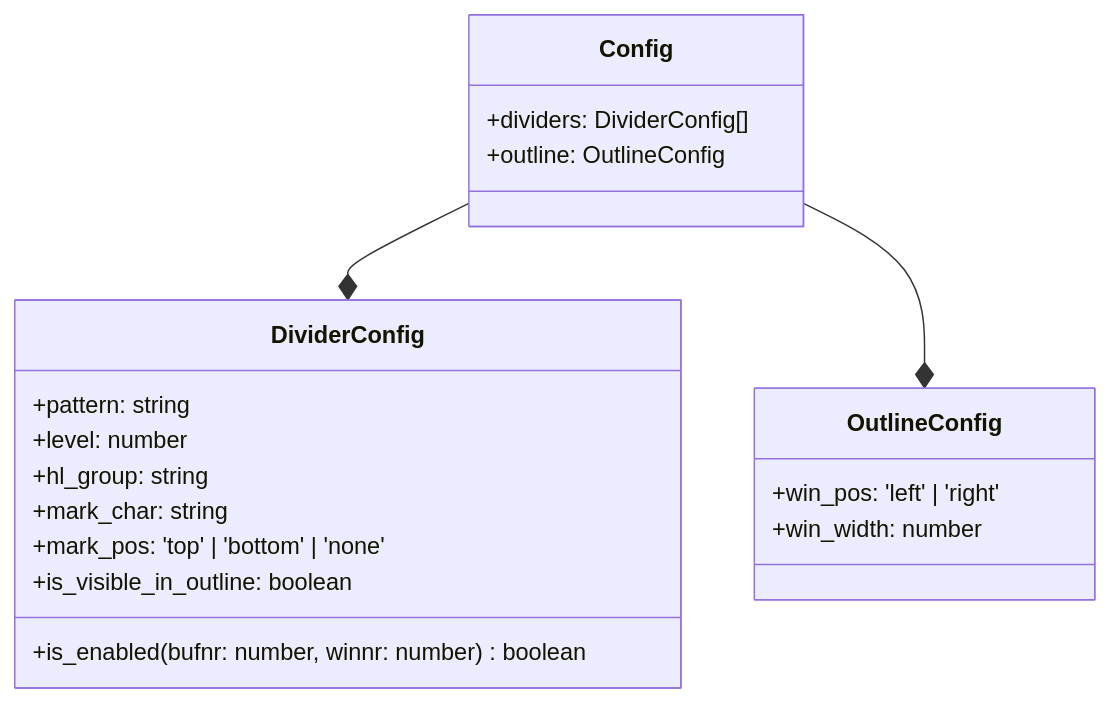
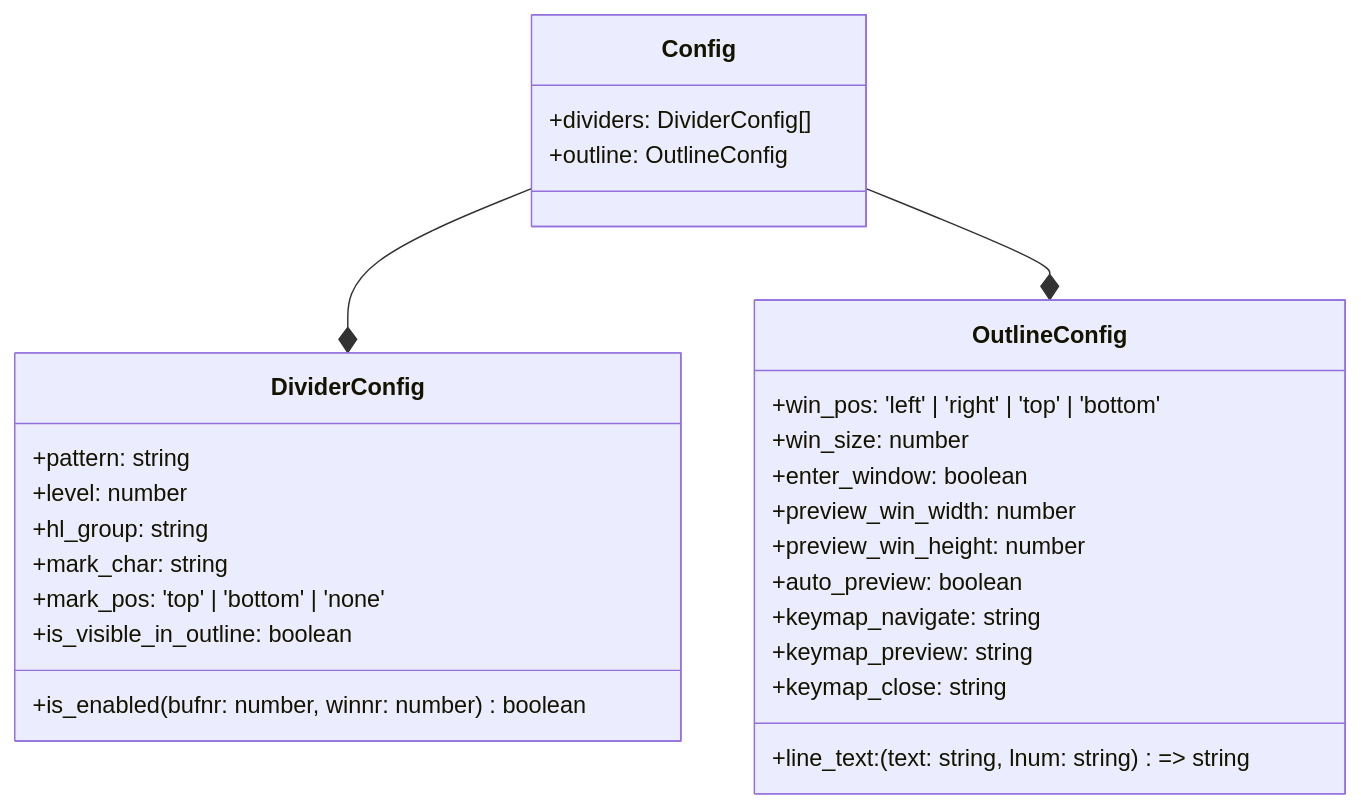
Before and after one commit to niuiic/divider.nvim: the fifth of 8 diagrams in DESIGN.md, drawn with Mermaid. The commit also changed other lines of this file and 6 other files, not shown here.

````diff
--- a/DESIGN.md
+++ b/DESIGN.md
@@ -147,24 +166,32 @@
 ```mermaid
 classDiagram
     Config --* DividerConfig
     Config --* OutlineConfig
     class Config {
         +dividers: DividerConfig[]
         +outline: OutlineConfig
     }
 
     class DividerConfig {
         +pattern: string
         +level: number
         +hl_group: string
         +mark_char: string
         +mark_pos: 'top' | 'bottom' | 'none'
         +is_visible_in_outline: boolean
         +is_enabled(bufnr: number, winnr: number) boolean
     }
 
     class OutlineConfig {
-        +win_pos: 'left' | 'right'
-        +win_width: number
+        +win_pos: 'left' | 'right' | 'top' | 'bottom'
+        +win_size: number
+        +enter_window: boolean
+        +preview_win_width: number
+        +preview_win_height: number
+        +auto_preview: boolean
+        +line_text: (text: string, lnum: string) => string
+        +keymap_navigate: string
+        +keymap_preview: string
+        +keymap_close: string
     }
 ```
````
